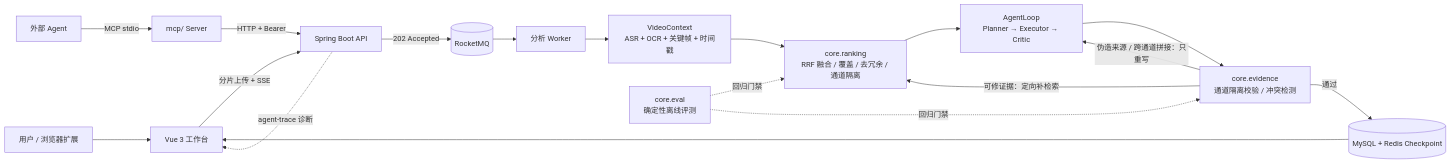
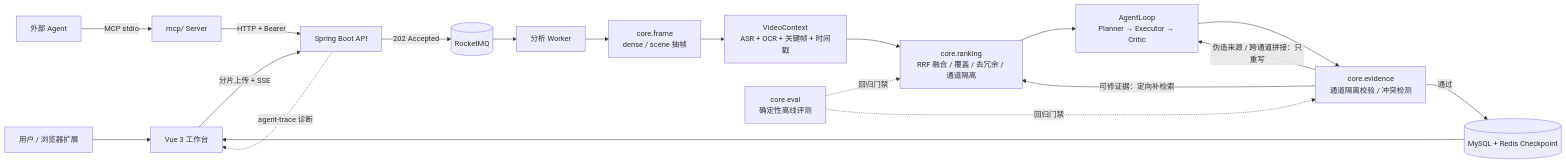
Before and after one commit to Erfan817/SceneMind: the diagram in README.md, drawn with Mermaid. The commit also changed other lines of this file and 62 other files, not shown here.

````diff
--- a/README.md
+++ b/README.md
@@ -120,21 +144,22 @@
 ```mermaid
 flowchart LR
     U[用户 / 浏览器扩展] --> W[Vue 3 工作台]
     G[外部 Agent] -->|MCP stdio| Q[mcp/ Server]
     A[Spring Boot API]
     Q -->|HTTP + Bearer| A
     W -->|分片上传 + SSE| A
     A -->|202 Accepted| M[(RocketMQ)]
     M --> C[分析 Worker]
-    C --> X[VideoContext<br/>ASR + OCR + 关键帧 + 时间戳]
+    C --> F[core.frame<br/>dense / scene 抽帧]
+    F --> X[VideoContext<br/>ASR + OCR + 关键帧 + 时间戳]
     X --> R[core.ranking<br/>RRF 融合 / 覆盖 / 去冗余 / 通道隔离]
     R --> L[AgentLoop<br/>Planner → Executor → Critic]
     L --> V[core.evidence<br/>通道隔离校验 / 冲突检测]
     V -->|可修证据：定向补检索| R
     V -->|伪造来源 / 跨通道拼接：只重写| L
     V -->|通过| S[(MySQL + Redis Checkpoint)]
     S --> W
     A -.agent-trace 诊断.-> W
     E[core.eval<br/>确定性离线评测] -.回归门禁.-> R
     E -.回归门禁.-> V
 ```
````
